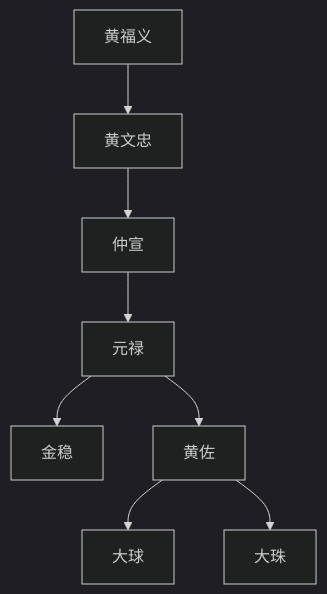
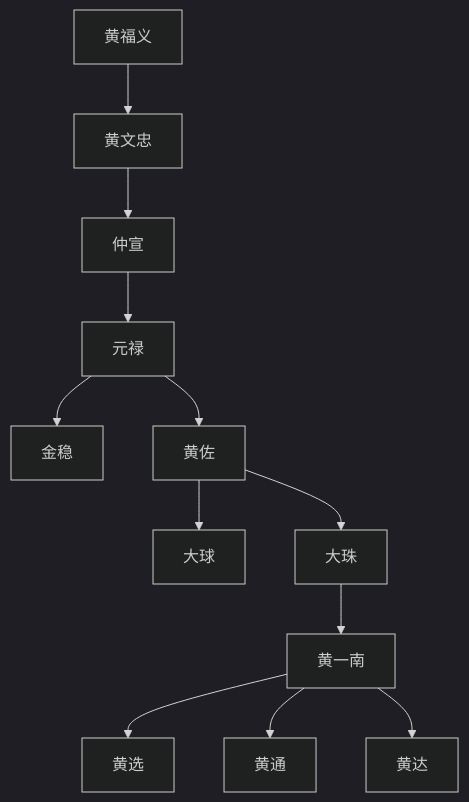
Before and after one commit to jeanim/jiapu: the diagram in contents/chapter2.md, drawn with Mermaid (dark theme).

```diff
--- a/contents/chapter2.md
+++ b/contents/chapter2.md
@@ -5,10 +5,14 @@
 {% mermaid %}
 graph TB;
   huangfuyi["黄福义"]-->huangwenzhong["黄文忠"];
   huangwenzhong["黄文忠"]-->zhongxuan["仲宣"];
   zhongxuan["仲宣"]-->yuanlu["元禄"];
   yuanlu["元禄"]-->jingwen["金稳"];
   yuanlu["元禄"]-->huangzuo["黄佐"];
   huangzuo["黄佐"]-->daqiu["大球"];
-  huangzuo["黄佐"]-->dazhu["大珠"];  
+  huangzuo["黄佐"]-->dazhu["大珠"];
+  dazhu["大珠"]-->huangyinan["黄一南"];
+  huangyinan["黄一南"]-->huangxuan["黄选"];
+  huangyinan["黄一南"]-->huangtong["黄通"];
+  huangyinan["黄一南"]-->huangda["黄达"];
 {% endmermaid %}
```
